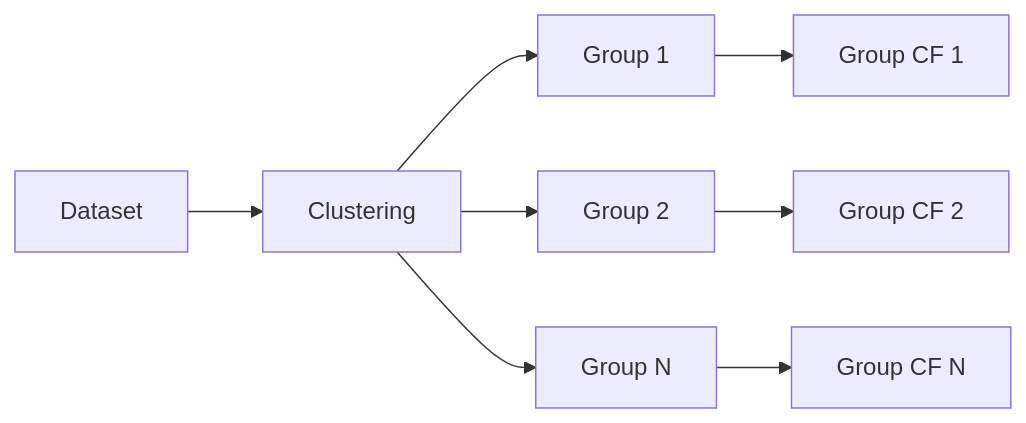
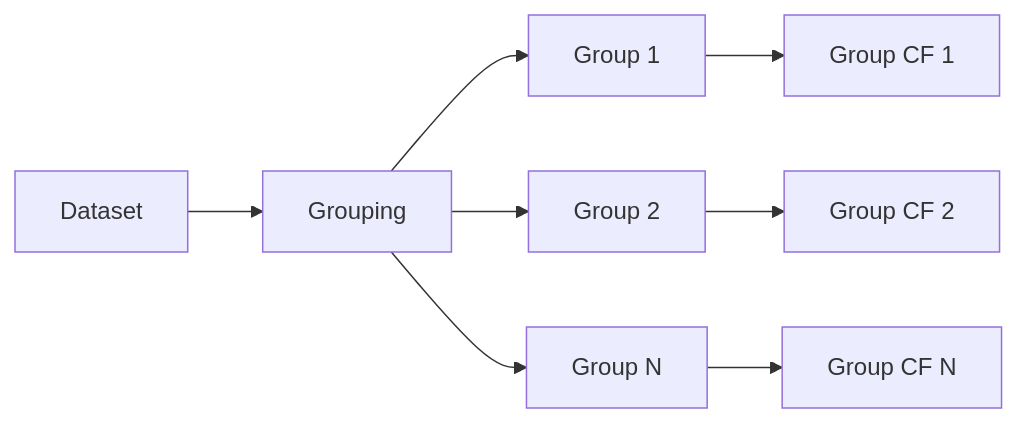
The diagram in docs/methods/group/index.md (ofurman/counterfactuals), drawn with Mermaid before and after one commit. The commit also changed other lines of this file and 22 other files, not shown here.

````diff
--- a/docs/methods/group/index.md
+++ b/docs/methods/group/index.md
@@ -31,10 +29,10 @@
 ```mermaid
 flowchart LR
-    A[Dataset] --> B[Clustering]
+    A[Dataset] --> B[Grouping]
     B --> C[Group 1]
     B --> D[Group 2]
     B --> E[Group N]
     C --> F[Group CF 1]
     D --> G[Group CF 2]
     E --> H[Group CF N]
 ```
````
